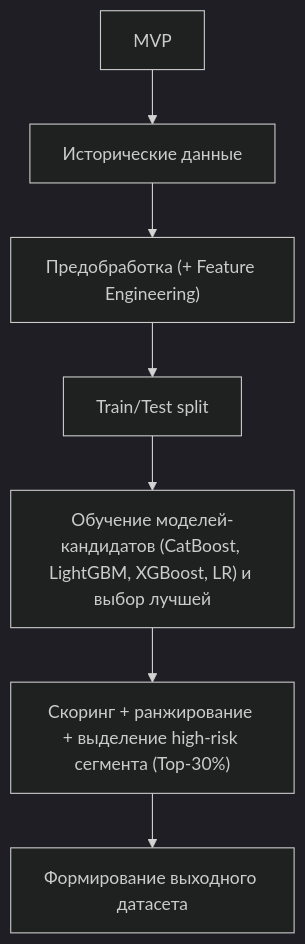
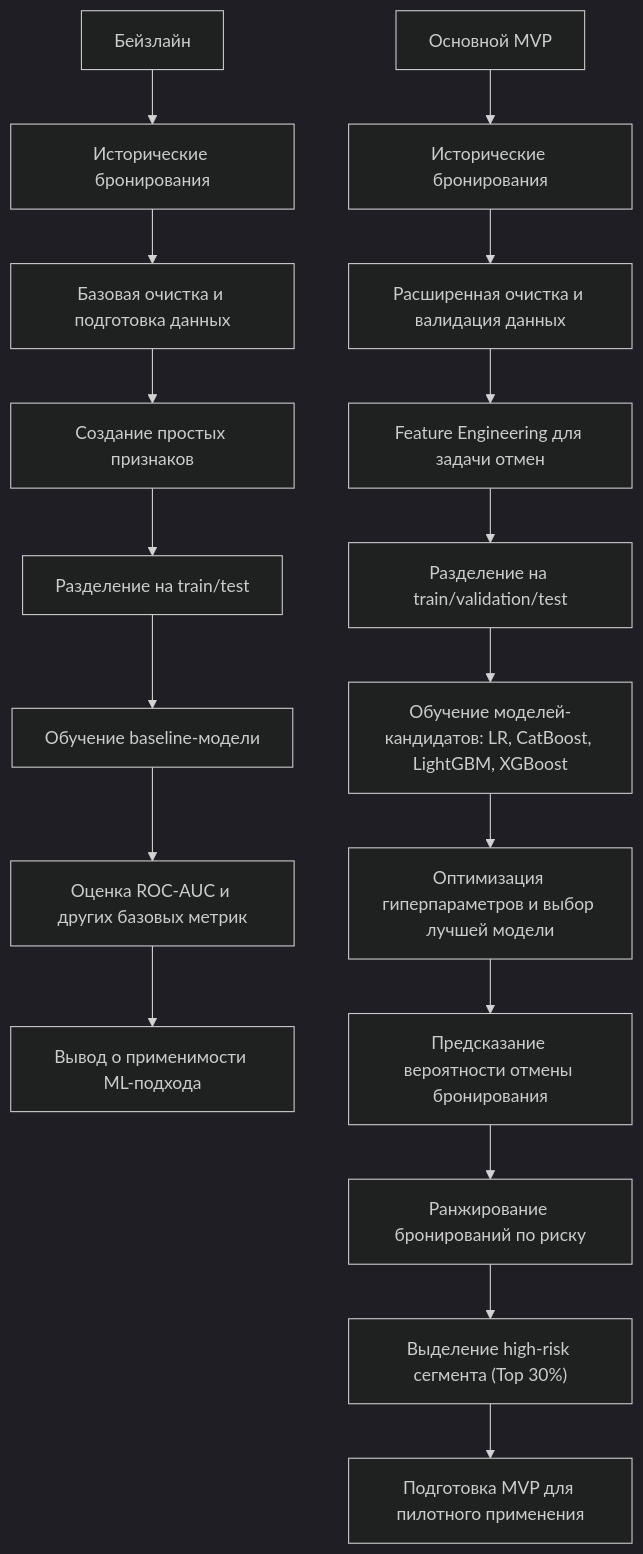
Before and after one commit to ina-ra/booking_cancellation: the diagram in docs/ml_system_design_doc.md, drawn with Mermaid (dark theme). The commit also changed other lines of this file, not shown here.

Commit message:
Revise ML pipeline flowcharts in design document
Updated flowcharts for baseline and MVP ML pipelines in the design document.

````diff
--- a/docs/ml_system_design_doc.md
+++ b/docs/ml_system_design_doc.md
@@ -164,9 +153,21 @@
 ```mermaid
-  flowchart TB
-  C[MVP] --> D["Исторические данные"]
-  D --> E["Предобработка (+ Feature Engineering)"]
-  E --> F["Train/Test split"]
-  F --> J["Обучение моделей-кандидатов (CatBoost, LightGBM, XGBoost, LR) и выбор лучшей"]
-  J --> K["Скоринг + ранжирование + выделение high-risk сегмента (Top-30%)"]
-  K --> L["Формирование выходного датасета"]
+flowchart TB
+    B["Бейзлайн"] --> D["Исторические бронирования"]
+    D --> E["Базовая очистка и подготовка данных"]
+    E --> F["Создание простых признаков"]
+    F --> G["Разделение на train/test"]
+    G --> H["Обучение baseline-модели"]
+    H --> I["Оценка ROC-AUC и других базовых метрик"]
+    I --> J["Вывод о применимости ML-подхода"]
+
+    C["Основной MVP"] --> K["Исторические бронирования"]
+    K --> L["Расширенная очистка и валидация данных"]
+    L --> M["Feature Engineering для задачи отмен"]
+    M --> N["Разделение на train/validation/test"]
+    N --> O["Обучение моделей-кандидатов: LR, CatBoost, LightGBM, XGBoost"]
+    O --> P["Оптимизация гиперпараметров и выбор лучшей модели"]
+    P --> Q["Предсказание вероятности отмены бронирования"]
+    Q --> R["Ранжирование бронирований по риску"]
+    R --> S["Выделение high-risk сегмента (Top 30%)"]
+    S --> V["Подготовка MVP для пилотного применения"]
 ```
````
